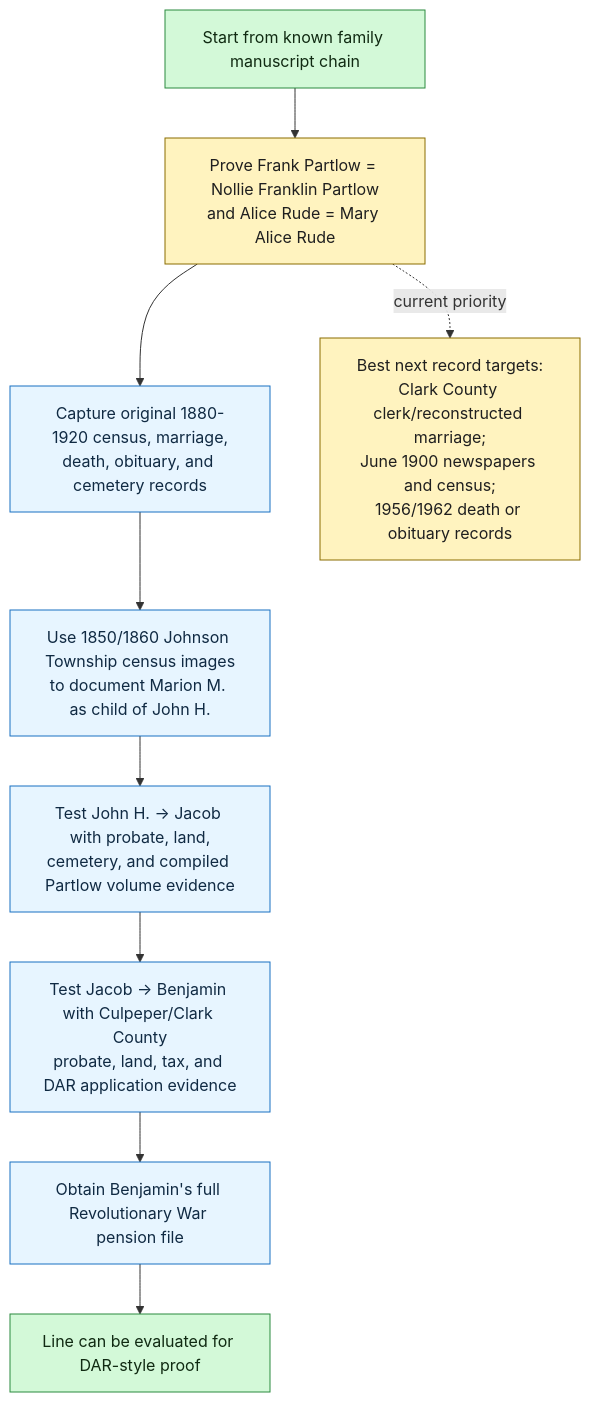
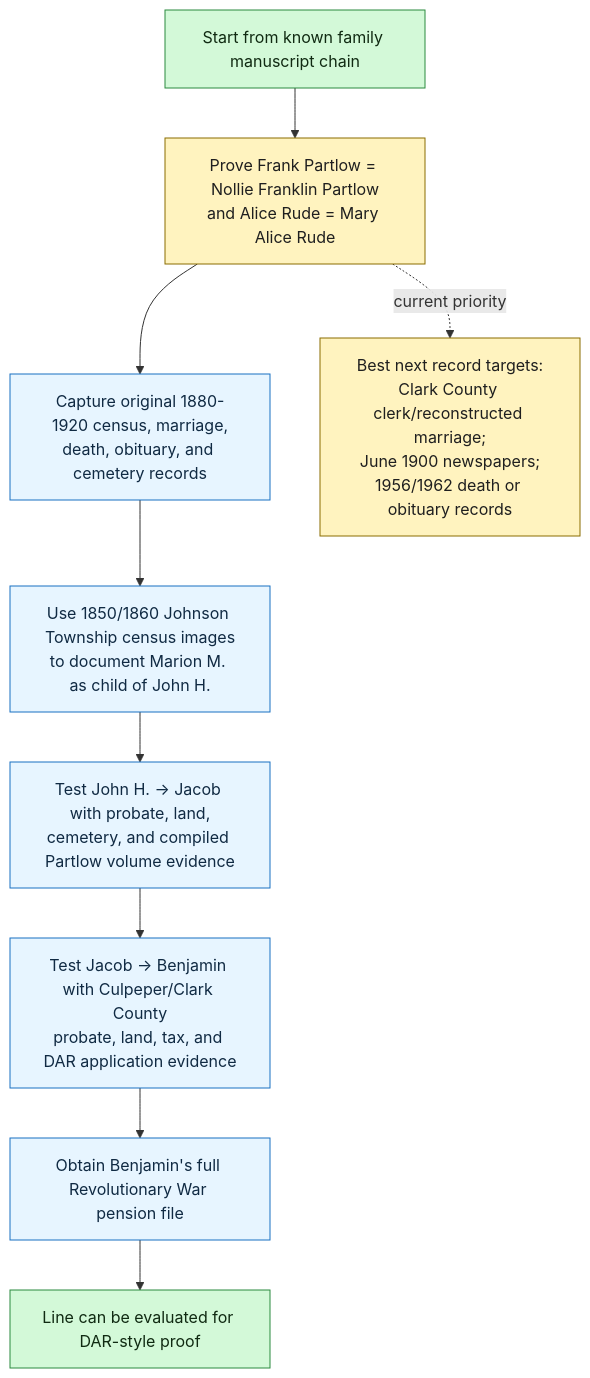
The second of 2 diagrams in RQ-P1-PARTLOW-REVOLUTIONARY-LINE.md (zcopley/copley-family-research), drawn with Mermaid before and after one commit. The commit also changed other lines of this file and 14 other files, not shown here.

````diff
--- a/RQ-P1-PARTLOW-REVOLUTIONARY-LINE.md
+++ b/RQ-P1-PARTLOW-REVOLUTIONARY-LINE.md
@@ -200,22 +210,22 @@
 ```mermaid
 flowchart TD
     A["Start from known family manuscript chain"]
     B["Prove Frank Partlow = Nollie Franklin Partlow<br/>and Alice Rude = Mary Alice Rude"]
     C["Capture original 1880-1920 census, marriage,<br/>death, obituary, and cemetery records"]
     D["Use 1850/1860 Johnson Township census images<br/>to document Marion M. as child of John H."]
     E["Test John H. -> Jacob with probate, land,<br/>cemetery, and compiled Partlow volume evidence"]
     F["Test Jacob -> Benjamin with Culpeper/Clark County<br/>probate, land, tax, and DAR application evidence"]
     G["Obtain Benjamin's full Revolutionary War pension file"]
     H["Line can be evaluated for DAR-style proof"]
 
     A --> B --> C --> D --> E --> F --> G --> H
-    B -. "current priority" .-> P["Best next record targets:<br/>Clark County clerk/reconstructed marriage;<br/>June 1900 newspapers and census;<br/>1956/1962 death or obituary records"]
+    B -. "current priority" .-> P["Best next record targets:<br/>Clark County clerk/reconstructed marriage;<br/>June 1900 newspapers;<br/>1956/1962 death or obituary records"]
 
     class A,H goal
     class B,P priority
     class C,D,E,F,G action
 
     classDef goal fill:#d3f9d8,stroke:#2b8a3e,color:#102a12;
     classDef priority fill:#fff3bf,stroke:#8a6d00,color:#1f1f1f;
     classDef action fill:#e7f5ff,stroke:#1971c2,color:#102a43;
 ```
````
